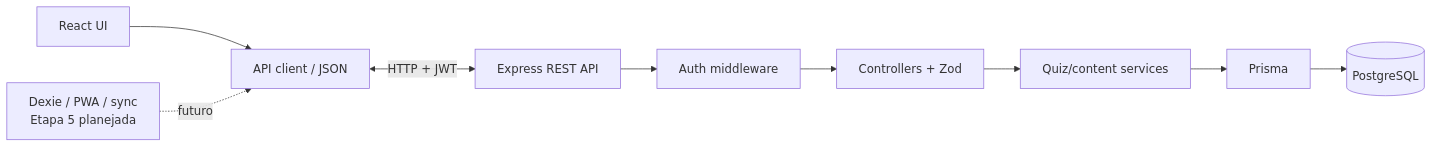
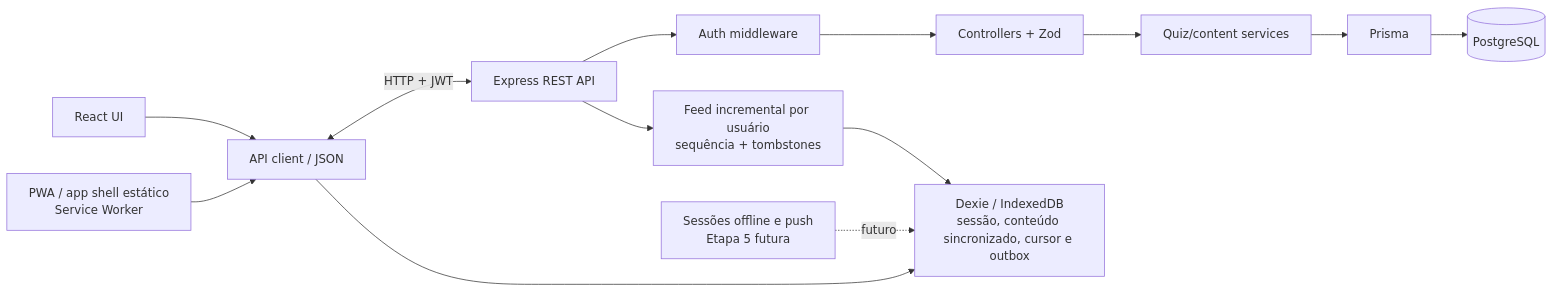
One commit to JadsonPaz/Bokken- changed the diagram in docs/ARCHITECTURE.md. Above: the diagram before and after it, drawn with Mermaid. The commit also changed other lines of this file and 75 other files, not shown here.

````diff
--- a/docs/ARCHITECTURE.md
+++ b/docs/ARCHITECTURE.md
@@ -11,7 +11,11 @@
 ```mermaid
 flowchart LR
     UI["React UI"] --> Client["API client / JSON"]
     Client <-->|"HTTP + JWT"| API["Express REST API"]
     API --> Auth["Auth middleware"] --> Controller["Controllers + Zod"] --> Service["Quiz/content services"] --> Prisma["Prisma"] --> DB[("PostgreSQL")]
-    Future["Dexie / PWA / sync\nEtapa 5 planejada"] -. futuro .-> Client
+    Client --> Local["Dexie / IndexedDB\nsessão, conteúdo sincronizado, cursor e outbox"]
+    Shell["PWA / app shell estático\nService Worker"] --> Client
+    API --> Feed["Feed incremental por usuário\nsequência + tombstones"]
+    Feed --> Local
+    Future["Sessões offline e push\nEtapa 5 futura"] -. futuro .-> Local
 ```
````
